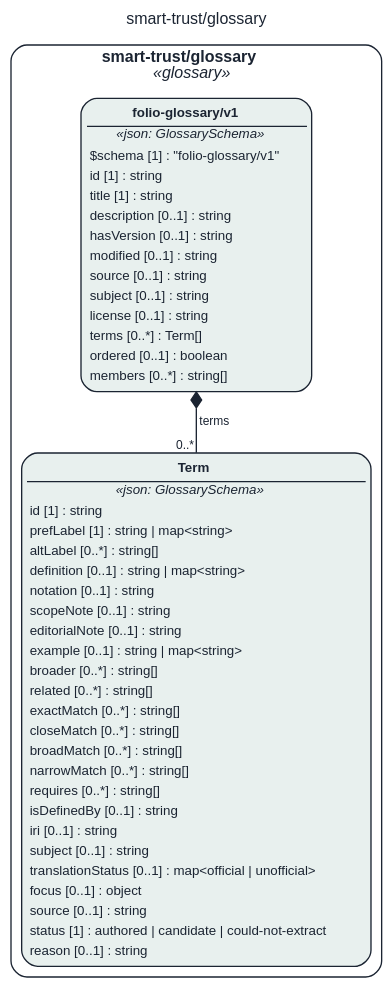
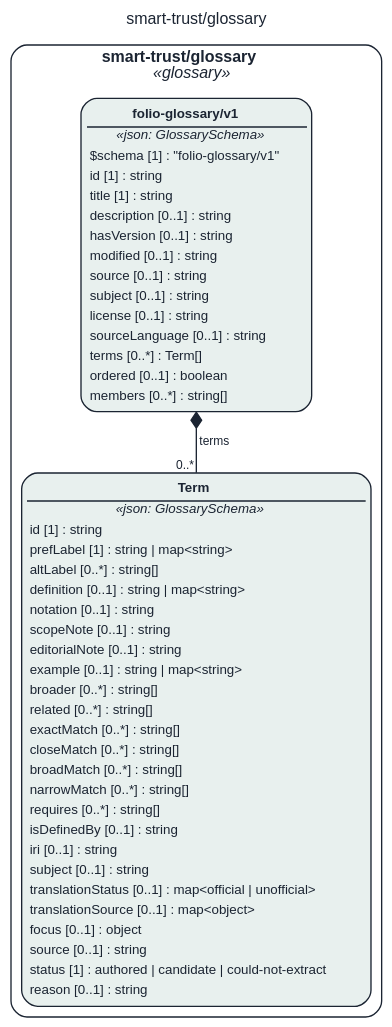
The diagram in assets/img/uml/overview/smart-trust/glossary.dot (litlfred/folio-assistant), drawn with Graphviz before and after one commit. The commit also changed 768 other files, not shown here.

```diff
--- a/assets/img/uml/overview/smart-trust/glossary.dot
+++ b/assets/img/uml/overview/smart-trust/glossary.dot
@@ -1,13 +1,13 @@
 // GENERATED by cat-harness-tools/scripts/gen-uml-overview.ts — do not edit.
 // Rendered page (interactive view, same model): https://litlfred.github.io/folio-assistant/uml/overview/smart-trust/glossary.html
 digraph "smart_trust_glossary" {
   graph [label="smart-trust/glossary", labelloc=t, fontname="Helvetica", fontsize=12, fontcolor="#1b2432", newrank=true, ratio=auto, nodesep=0.3, ranksep=0.5, bgcolor="transparent"];
   node [shape=box, style="rounded,filled", margin=0.05, fontname="Helvetica", fontsize=10, color="#1b2432", fontcolor="#1b2432"];
   edge [color="#1b2432", fontcolor="#1b2432", fontname="Helvetica", fontsize=9];
   subgraph "cluster_pkg_smart_trust_glossary" {
     label=<<b>smart-trust/glossary</b><br/><i>«glossary»</i>>; style="rounded"; color="#1b2432"; class="fa_uml_subgraph";
-    "smart_trust_glossary_folio_glossary_v1_Term" [fillcolor="#e8f0ee", class="fa_uml_kind_glossary", label=<<table border="0" cellborder="0" cellspacing="0" cellpadding="2"><tr><td border="1" sides="b"><b>Term</b></td></tr><tr><td><i>«json: GlossarySchema»</i></td></tr><tr><td align="left">id [1] : string</td></tr><tr><td align="left">prefLabel [1] : string | map&lt;string&gt;</td></tr><tr><td align="left">altLabel [0..*] : string[]</td></tr><tr><td align="left">definition [0..1] : string | map&lt;string&gt;</td></tr><tr><td align="left">notation [0..1] : string</td></tr><tr><td align="left">scopeNote [0..1] : string</td></tr><tr><td align="left">editorialNote [0..1] : string</td></tr><tr><td align="left">example [0..1] : string | map&lt;string&gt;</td></tr><tr><td align="left">broader [0..*] : string[]</td></tr><tr><td align="left">related [0..*] : string[]</td></tr><tr><td align="left">exactMatch [0..*] : string[]</td></tr><tr><td align="left">closeMatch [0..*] : string[]</td></tr><tr><td align="left">broadMatch [0..*] : string[]</td></tr><tr><td align="left">narrowMatch [0..*] : string[]</td></tr><tr><td align="left">requires [0..*] : string[]</td></tr><tr><td align="left">isDefinedBy [0..1] : string</td></tr><tr><td align="left">iri [0..1] : string</td></tr><tr><td align="left">subject [0..1] : string</td></tr><tr><td align="left">translationStatus [0..1] : map&lt;official | unofficial&gt;</td></tr><tr><td align="left">focus [0..1] : object</td></tr><tr><td align="left">source [0..1] : string</td></tr><tr><td align="left">status [1] : authored | candidate | could-not-extract</td></tr><tr><td align="left">reason [0..1] : string</td></tr></table>>];
-    "smart_trust_glossary_folio_glossary_v1_folio_glossary_v1" [fillcolor="#e8f0ee", class="fa_uml_kind_glossary", label=<<table border="0" cellborder="0" cellspacing="0" cellpadding="2"><tr><td border="1" sides="b"><b>folio-glossary/v1</b></td></tr><tr><td><i>«json: GlossarySchema»</i></td></tr><tr><td align="left">$schema [1] : &quot;folio-glossary/v1&quot;</td></tr><tr><td align="left">id [1] : string</td></tr><tr><td align="left">title [1] : string</td></tr><tr><td align="left">description [0..1] : string</td></tr><tr><td align="left">hasVersion [0..1] : string</td></tr><tr><td align="left">modified [0..1] : string</td></tr><tr><td align="left">source [0..1] : string</td></tr><tr><td align="left">subject [0..1] : string</td></tr><tr><td align="left">license [0..1] : string</td></tr><tr><td align="left">terms [0..*] : Term[]</td></tr><tr><td align="left">ordered [0..1] : boolean</td></tr><tr><td align="left">members [0..*] : string[]</td></tr></table>>];
+    "smart_trust_glossary_folio_glossary_v1_Term" [fillcolor="#e8f0ee", class="fa_uml_kind_glossary", label=<<table border="0" cellborder="0" cellspacing="0" cellpadding="2"><tr><td border="1" sides="b"><b>Term</b></td></tr><tr><td><i>«json: GlossarySchema»</i></td></tr><tr><td align="left">id [1] : string</td></tr><tr><td align="left">prefLabel [1] : string | map&lt;string&gt;</td></tr><tr><td align="left">altLabel [0..*] : string[]</td></tr><tr><td align="left">definition [0..1] : string | map&lt;string&gt;</td></tr><tr><td align="left">notation [0..1] : string</td></tr><tr><td align="left">scopeNote [0..1] : string</td></tr><tr><td align="left">editorialNote [0..1] : string</td></tr><tr><td align="left">example [0..1] : string | map&lt;string&gt;</td></tr><tr><td align="left">broader [0..*] : string[]</td></tr><tr><td align="left">related [0..*] : string[]</td></tr><tr><td align="left">exactMatch [0..*] : string[]</td></tr><tr><td align="left">closeMatch [0..*] : string[]</td></tr><tr><td align="left">broadMatch [0..*] : string[]</td></tr><tr><td align="left">narrowMatch [0..*] : string[]</td></tr><tr><td align="left">requires [0..*] : string[]</td></tr><tr><td align="left">isDefinedBy [0..1] : string</td></tr><tr><td align="left">iri [0..1] : string</td></tr><tr><td align="left">subject [0..1] : string</td></tr><tr><td align="left">translationStatus [0..1] : map&lt;official | unofficial&gt;</td></tr><tr><td align="left">translationSource [0..1] : map&lt;object&gt;</td></tr><tr><td align="left">focus [0..1] : object</td></tr><tr><td align="left">source [0..1] : string</td></tr><tr><td align="left">status [1] : authored | candidate | could-not-extract</td></tr><tr><td align="left">reason [0..1] : string</td></tr></table>>];
+    "smart_trust_glossary_folio_glossary_v1_folio_glossary_v1" [fillcolor="#e8f0ee", class="fa_uml_kind_glossary", label=<<table border="0" cellborder="0" cellspacing="0" cellpadding="2"><tr><td border="1" sides="b"><b>folio-glossary/v1</b></td></tr><tr><td><i>«json: GlossarySchema»</i></td></tr><tr><td align="left">$schema [1] : &quot;folio-glossary/v1&quot;</td></tr><tr><td align="left">id [1] : string</td></tr><tr><td align="left">title [1] : string</td></tr><tr><td align="left">description [0..1] : string</td></tr><tr><td align="left">hasVersion [0..1] : string</td></tr><tr><td align="left">modified [0..1] : string</td></tr><tr><td align="left">source [0..1] : string</td></tr><tr><td align="left">subject [0..1] : string</td></tr><tr><td align="left">license [0..1] : string</td></tr><tr><td align="left">sourceLanguage [0..1] : string</td></tr><tr><td align="left">terms [0..*] : Term[]</td></tr><tr><td align="left">ordered [0..1] : boolean</td></tr><tr><td align="left">members [0..*] : string[]</td></tr></table>>];
   }
   "smart_trust_glossary_folio_glossary_v1_folio_glossary_v1" -> "smart_trust_glossary_folio_glossary_v1_Term" [dir=both, arrowtail=diamond, arrowhead=none, label="terms", headlabel="0..*", class="fa_uml_composition"];
 }
```
